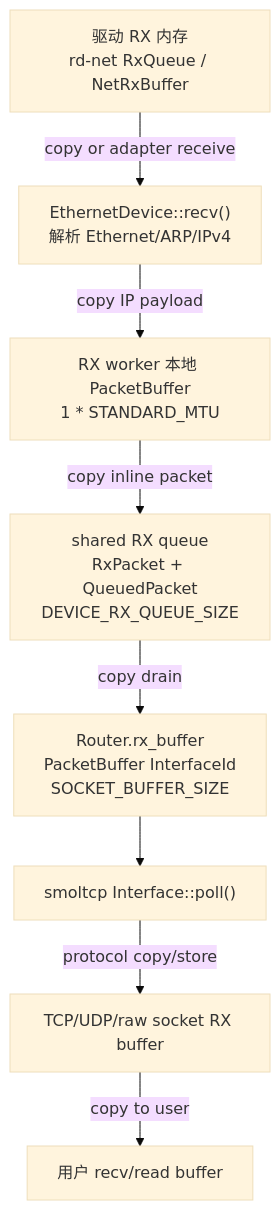
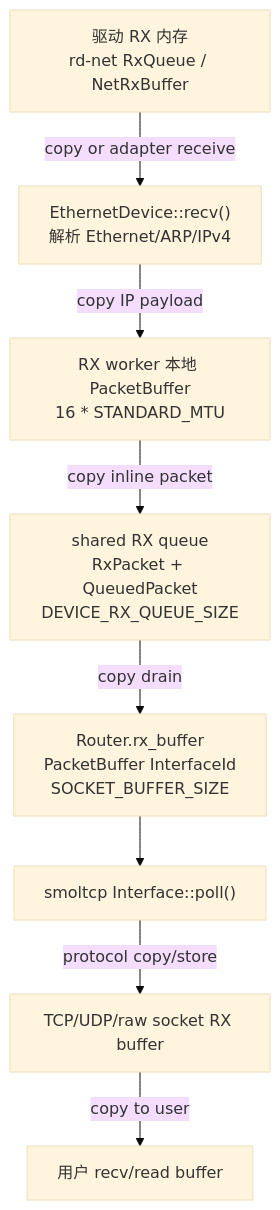
The second of 4 diagrams in docs/docs/architecture/net/memory.md (rcore-os/tgoskits), drawn with Mermaid (base theme) before and after one commit. The commit also changed other lines of this file and 8 other files, not shown here.

````diff
--- a/docs/docs/architecture/net/memory.md
+++ b/docs/docs/architecture/net/memory.md
@@ -132,19 +132,19 @@
 ```mermaid
 flowchart TB
     DriverRx["驱动 RX 内存<br/>rd-net RxQueue / NetRxBuffer"]
     EthRecv["EthernetDevice::recv()<br/>解析 Ethernet/ARP/IPv4"]
-    LocalBuf["RX worker 本地 PacketBuffer<br/>1 * STANDARD_MTU"]
+    LocalBuf["RX worker 本地 PacketBuffer<br/>16 * STANDARD_MTU"]
     SharedRx["shared RX queue<br/>RxPacket + QueuedPacket<br/>DEVICE_RX_QUEUE_SIZE"]
     RouterRx["Router.rx_buffer<br/>PacketBuffer InterfaceId<br/>SOCKET_BUFFER_SIZE"]
     SmolPoll["smoltcp Interface::poll()"]
     SocketRx["TCP/UDP/raw socket RX buffer"]
     UserRecv["用户 recv/read buffer"]
 
     DriverRx -->|"copy or adapter receive"| EthRecv
     EthRecv -->|"copy IP payload"| LocalBuf
     LocalBuf -->|"copy inline packet"| SharedRx
     SharedRx -->|"copy drain"| RouterRx
     RouterRx --> SmolPoll
     SmolPoll -->|"protocol copy/store"| SocketRx
     SocketRx -->|"copy to user"| UserRecv
 ```
````
